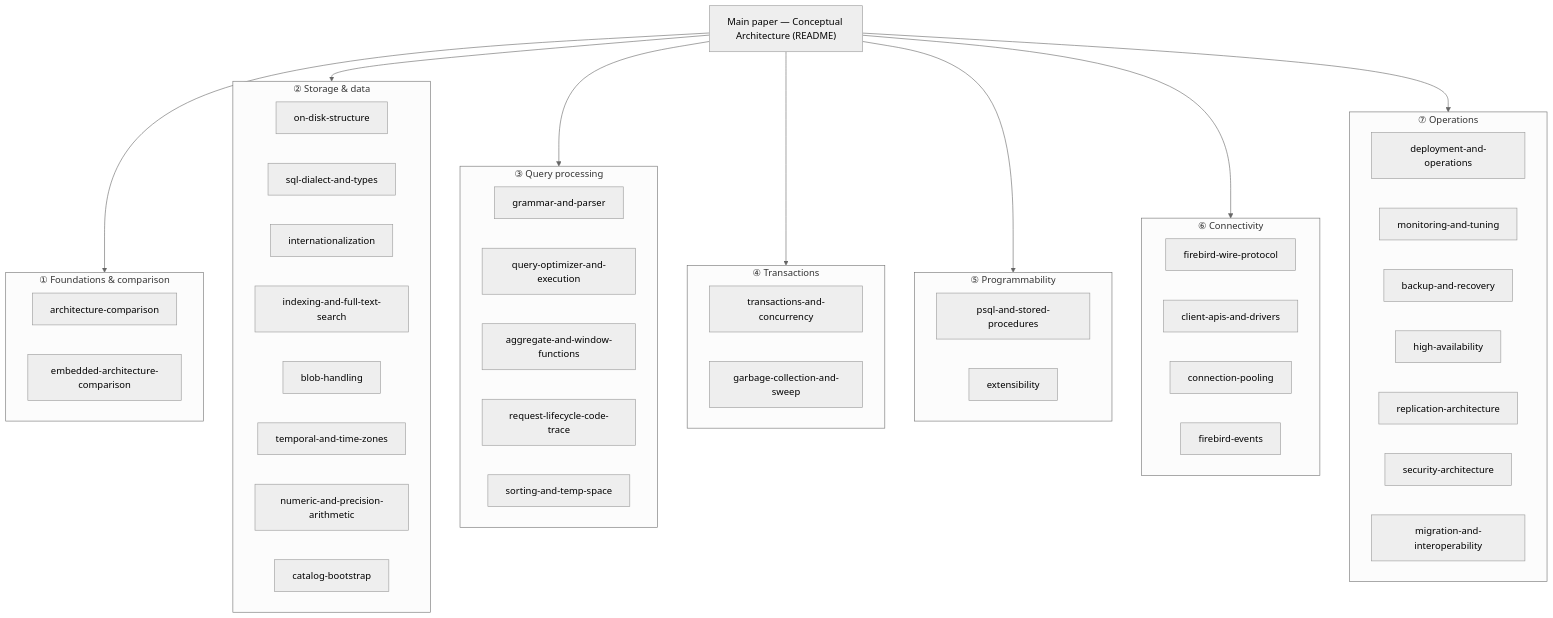
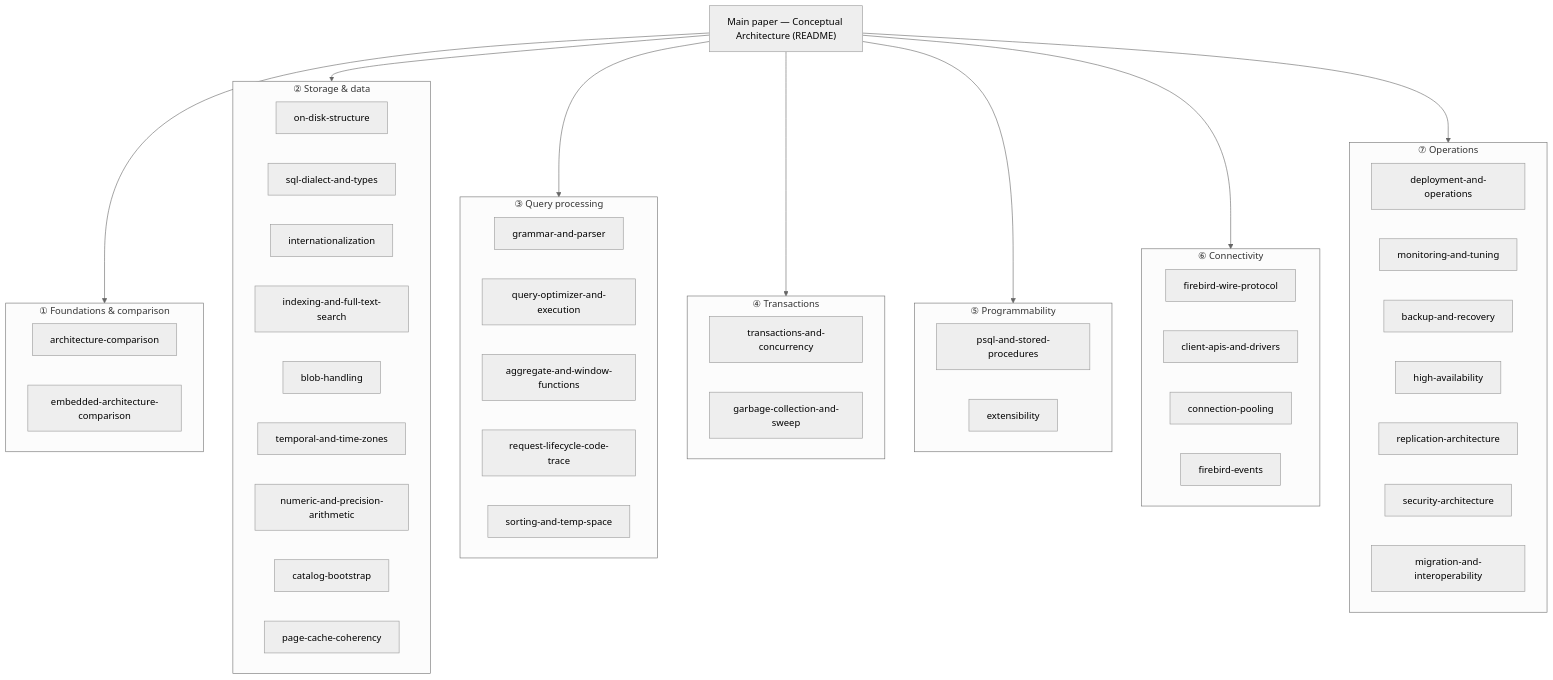
The diagram in READING-GUIDE.md (mariuz/conceptual-architecture-for-firebird-paper), drawn with Mermaid (neutral theme) before and after one commit. The commit also changed other lines of this file and 2 other files, not shown here.

````diff
--- a/READING-GUIDE.md
+++ b/READING-GUIDE.md
@@ -9,51 +9,52 @@
 ```mermaid
 flowchart TB
     PAPER["Main paper — Conceptual Architecture (README)"]
 
     PAPER --> T1 & T2 & T3 & T4 & T5 & T6 & T7
 
     subgraph T1["① Foundations & comparison"]
         A1["architecture-comparison"]
         A2["embedded-architecture-comparison"]
     end
     subgraph T2["② Storage & data"]
         B1["on-disk-structure"]
         B2["sql-dialect-and-types"]
         B3["internationalization"]
         B4["indexing-and-full-text-search"]
         B5["blob-handling"]
         B6["temporal-and-time-zones"]
         B7["numeric-and-precision-arithmetic"]
         B8["catalog-bootstrap"]
+        B9["page-cache-coherency"]
     end
     subgraph T3["③ Query processing"]
         C1["grammar-and-parser"]
         C2["query-optimizer-and-execution"]
         C3["aggregate-and-window-functions"]
         C4["request-lifecycle-code-trace"]
         C5["sorting-and-temp-space"]
     end
     subgraph T4["④ Transactions"]
         D1["transactions-and-concurrency"]
         D2["garbage-collection-and-sweep"]
     end
     subgraph T5["⑤ Programmability"]
         E1["psql-and-stored-procedures"]
         E2["extensibility"]
     end
     subgraph T6["⑥ Connectivity"]
         F1["firebird-wire-protocol"]
         F2["client-apis-and-drivers"]
         F3["connection-pooling"]
         F4["firebird-events"]
     end
     subgraph T7["⑦ Operations"]
         G1["deployment-and-operations"]
         G2["monitoring-and-tuning"]
         G3["backup-and-recovery"]
         G4["high-availability"]
         G5["replication-architecture"]
         G6["security-architecture"]
         G7["migration-and-interoperability"]
     end
 ```
````
